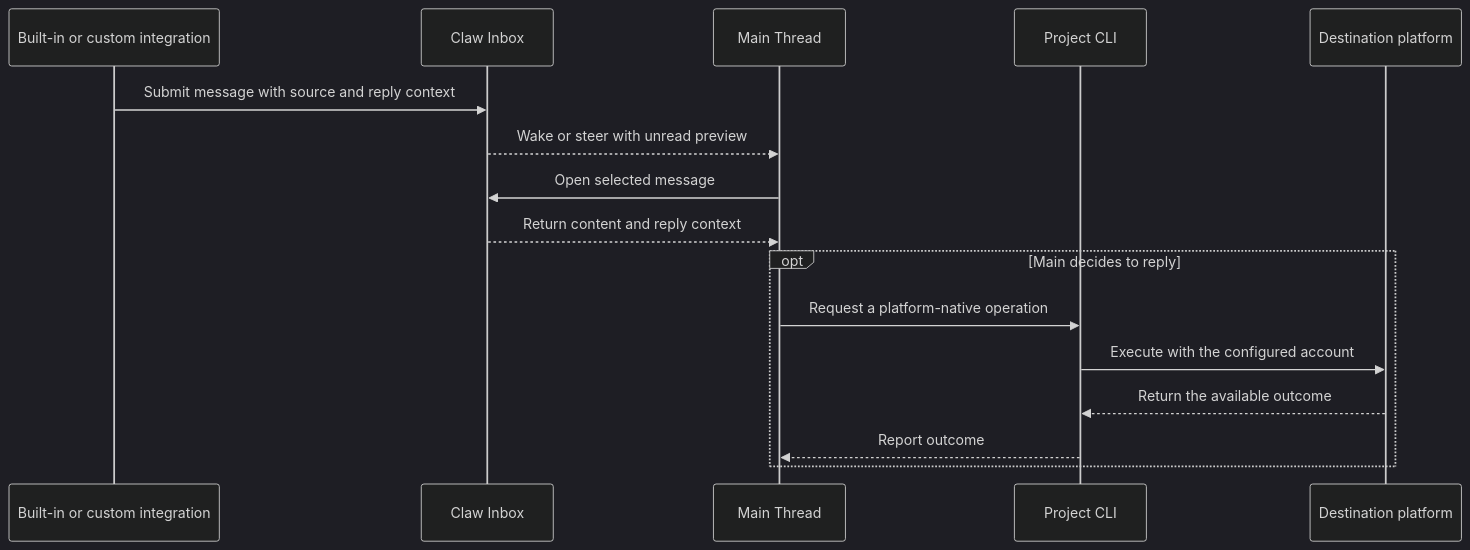
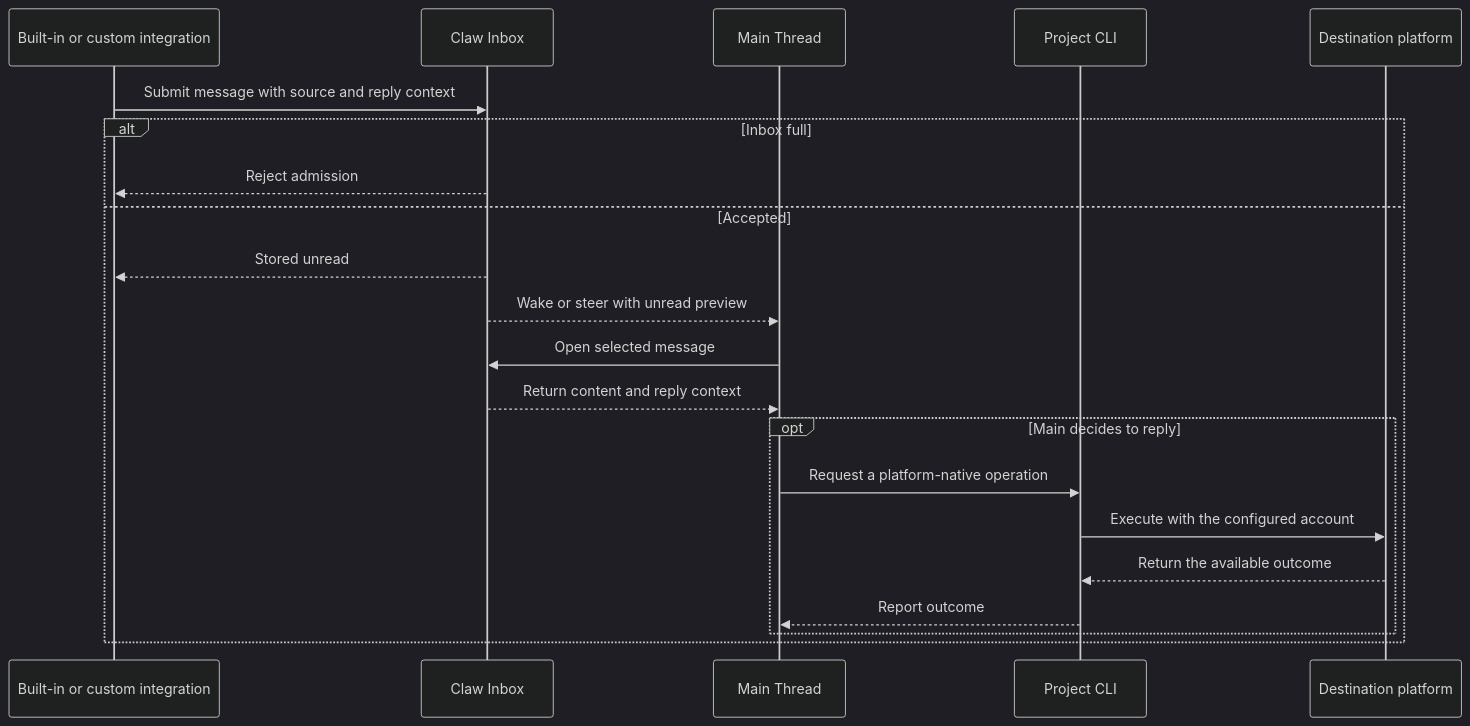
The diagram in spec/03-connectors-and-replies.md (Wh1isper/a13n-claw), drawn with Mermaid (dark theme) before and after one commit. The commit also changed 6 other files, not shown here.

````diff
--- a/spec/03-connectors-and-replies.md
+++ b/spec/03-connectors-and-replies.md
@@ -29,18 +29,23 @@
 ```mermaid
 sequenceDiagram
     participant A as Built-in or custom integration
     participant I as Claw Inbox
     participant M as Main Thread
     participant E as Project CLI
     participant P as Destination platform
     A->>I: Submit message with source and reply context
-    I-->>M: Wake or steer with unread preview
-    M->>I: Open selected message
-    I-->>M: Return content and reply context
-    opt Main decides to reply
-        M->>E: Request a platform-native operation
-        E->>P: Execute with the configured account
-        P-->>E: Return the available outcome
-        E-->>M: Report outcome
+    alt Inbox full
+        I-->>A: Reject admission
+    else Accepted
+        I-->>A: Stored unread
+        I-->>M: Wake or steer with unread preview
+        M->>I: Open selected message
+        I-->>M: Return content and reply context
+        opt Main decides to reply
+            M->>E: Request a platform-native operation
+            E->>P: Execute with the configured account
+            P-->>E: Return the available outcome
+            E-->>M: Report outcome
+        end
     end
 ```
````
